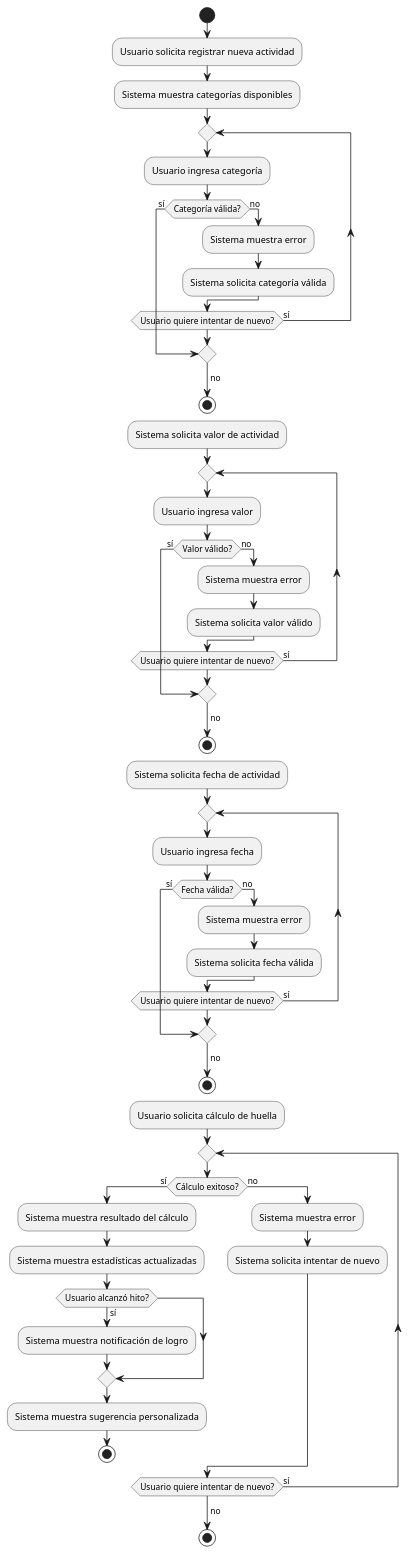
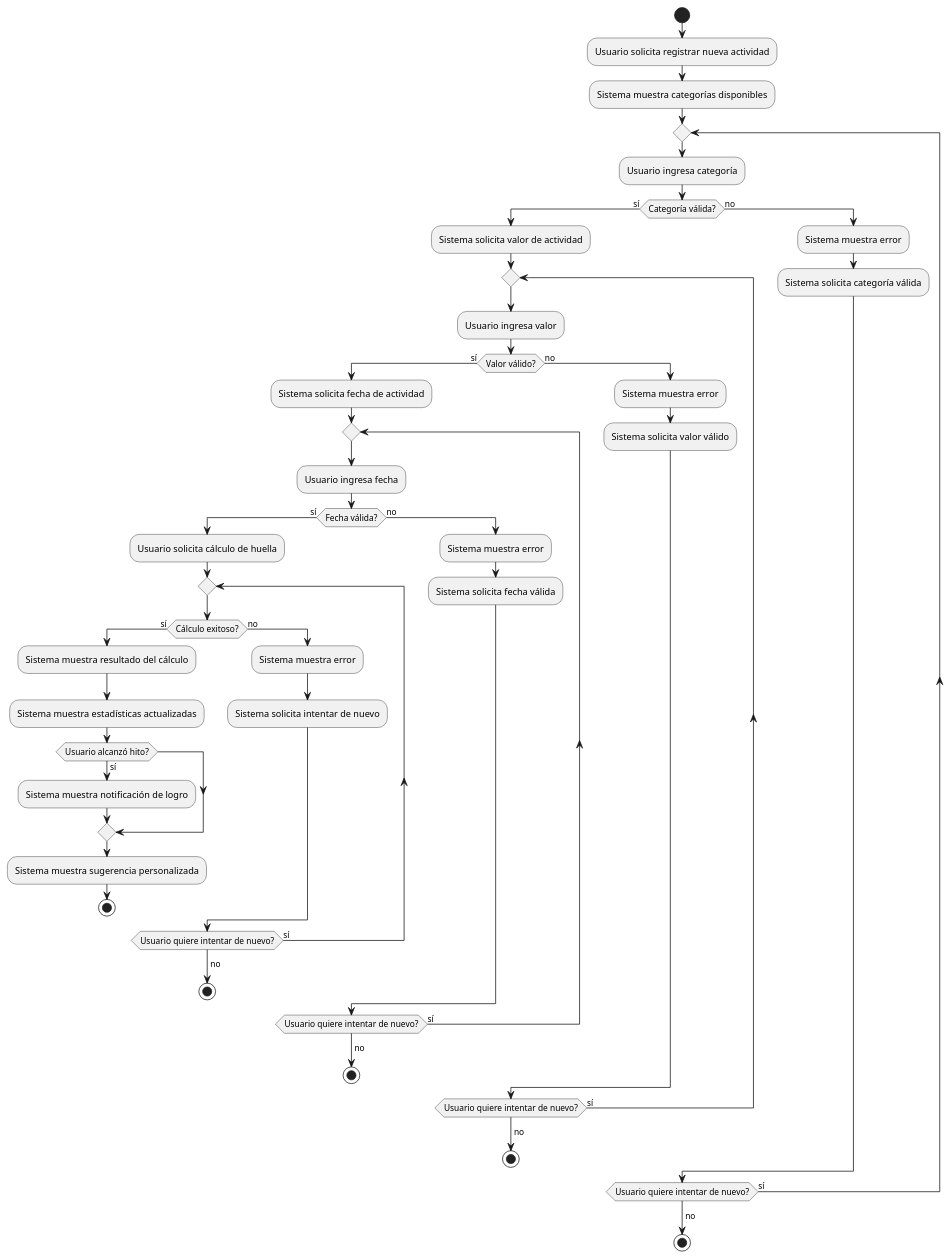
Before and after one commit to mmasias/mmasias: the diagram in traspaso/caso/detalleCdU.flujo.md, drawn with PlantUML. The commit also changed 1 other file, not shown here.

Commit message:
Corrección del diagrama de flujo

```diff
--- a/traspaso/caso/detalleCdU.flujo.md
+++ b/traspaso/caso/detalleCdU.flujo.md
@@ -1,65 +1,73 @@
 @startuml
 start
 :Usuario solicita registrar nueva actividad;
 :Sistema muestra categorías disponibles;
 
 repeat
   :Usuario ingresa categoría;
   if (Categoría válida?) then (sí)
-    break
+
+    :Sistema solicita valor de actividad;
+
+    repeat
+      :Usuario ingresa valor;
+      if (Valor válido?) then (sí)
+
+      :Sistema solicita fecha de actividad;
+
+      repeat
+        :Usuario ingresa fecha;
+        if (Fecha válida?) then (sí)
+
+          :Usuario solicita cálculo de huella;
+
+          repeat
+            if (Cálculo exitoso?) then (sí)
+              :Sistema muestra resultado del cálculo;
+              :Sistema muestra estadísticas actualizadas;
+              if (Usuario alcanzó hito?) then (sí)
+                :Sistema muestra notificación de logro;
+              endif
+              :Sistema muestra sugerencia personalizada;
+              stop
+            else (no)
+              :Sistema muestra error;
+              :Sistema solicita intentar de nuevo;
+            endif
+          repeat while (Usuario quiere intentar de nuevo?) is (sí)
+          -> no;
+          stop
+
+        else (no)
+          :Sistema muestra error;
+          :Sistema solicita fecha válida;
+        endif
+      repeat while (Usuario quiere intentar de nuevo?) is (sí)
+      -> no;
+      stop
+
+      else (no)
+        :Sistema muestra error;
+        :Sistema solicita valor válido;
+      endif
+    repeat while (Usuario quiere intentar de nuevo?) is (sí)
+    -> no;
+    stop
+
+
+
   else (no)
     :Sistema muestra error;
     :Sistema solicita categoría válida;
   endif
 repeat while (Usuario quiere intentar de nuevo?) is (sí)
 -> no;
 stop
 
-:Sistema solicita valor de actividad;
 
-repeat
-  :Usuario ingresa valor;
-  if (Valor válido?) then (sí)
-    break
-  else (no)
-    :Sistema muestra error;
-    :Sistema solicita valor válido;
-  endif
-repeat while (Usuario quiere intentar de nuevo?) is (sí)
--> no;
-stop
 
-:Sistema solicita fecha de actividad;
 
-repeat
-  :Usuario ingresa fecha;
-  if (Fecha válida?) then (sí)
-    break
-  else (no)
-    :Sistema muestra error;
-    :Sistema solicita fecha válida;
-  endif
-repeat while (Usuario quiere intentar de nuevo?) is (sí)
--> no;
-stop
 
-:Usuario solicita cálculo de huella;
 
-repeat
-  if (Cálculo exitoso?) then (sí)
-    :Sistema muestra resultado del cálculo;
-    :Sistema muestra estadísticas actualizadas;
-    if (Usuario alcanzó hito?) then (sí)
-      :Sistema muestra notificación de logro;
-    endif
-    :Sistema muestra sugerencia personalizada;
-    stop
-  else (no)
-    :Sistema muestra error;
-    :Sistema solicita intentar de nuevo;
-  endif
-repeat while (Usuario quiere intentar de nuevo?) is (sí)
--> no;
-stop
 
 @enduml
```
